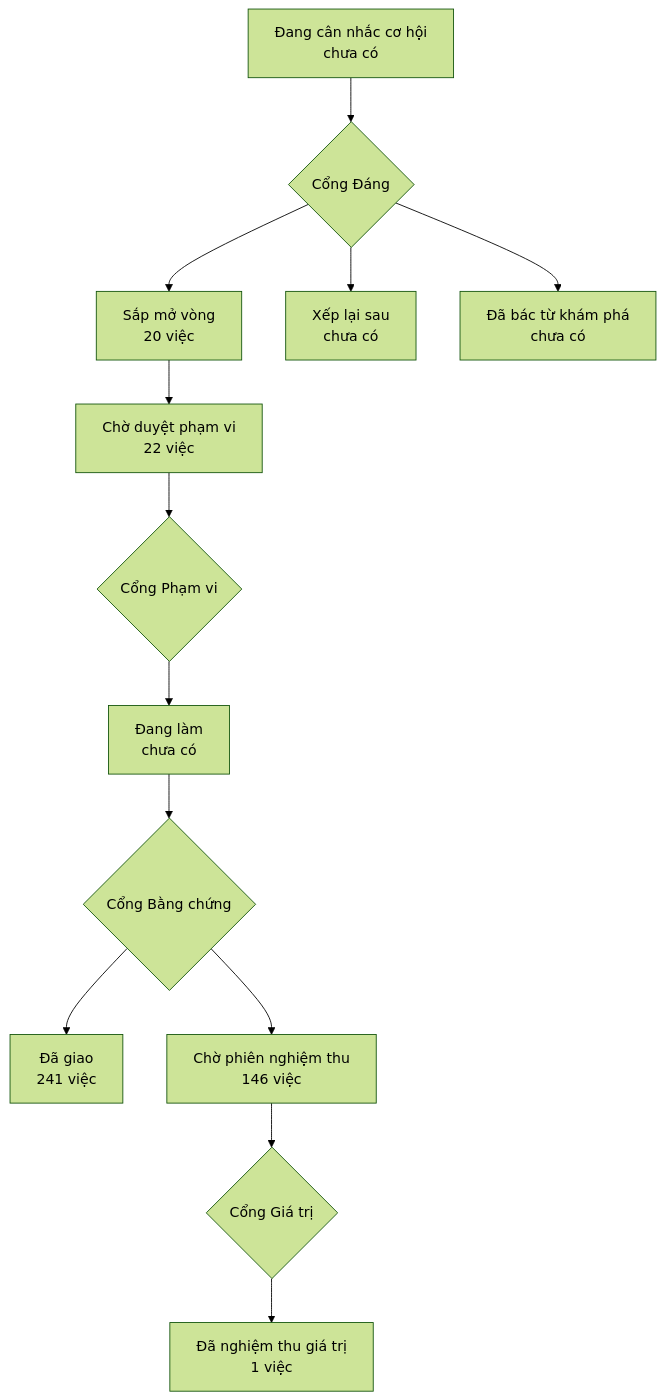
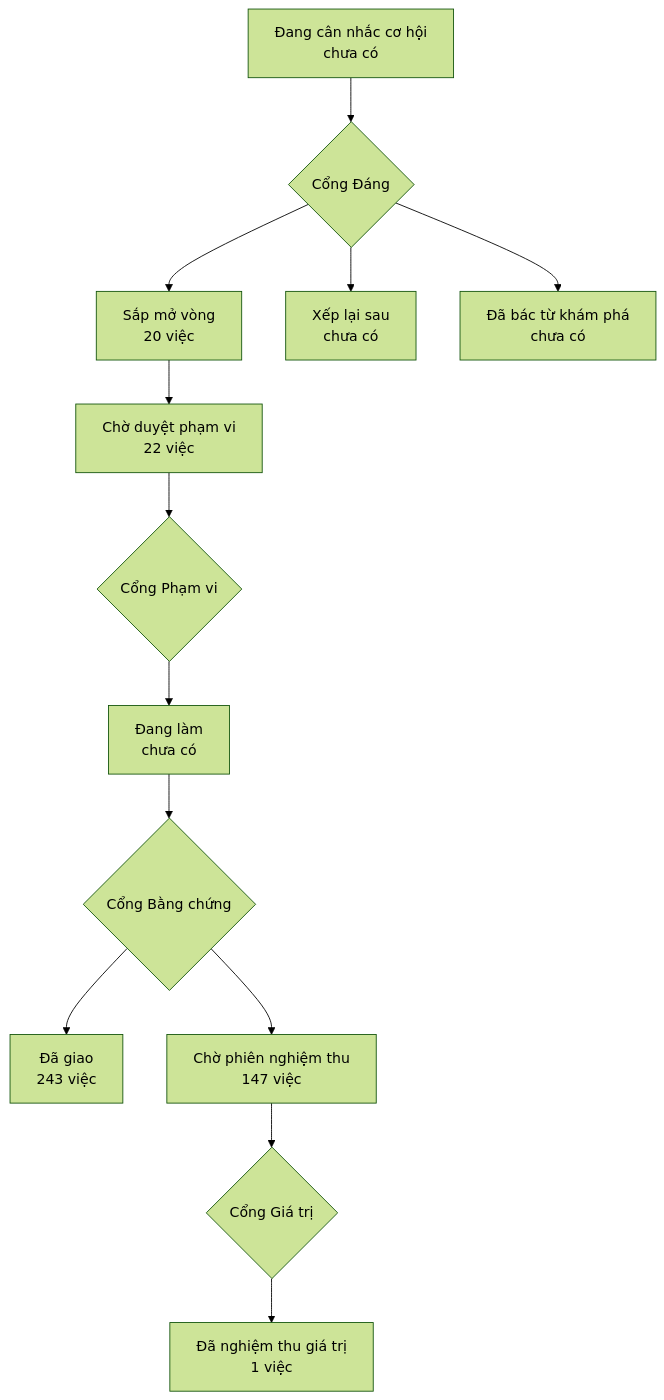
The diagram in PRODUCT-MAP.md (phanlemanh/onehub-invest), drawn with Mermaid (forest theme) before and after one commit. The commit also changed other lines of this file and 1 other file, not shown here.

Commit message:
chore(map): vẽ lại bản đồ sau gộp main e88c6786d

````diff
--- a/PRODUCT-MAP.md
+++ b/PRODUCT-MAP.md
@@ -7,12 +7,12 @@
 ```mermaid
 flowchart TD
   A["Đang cân nhắc cơ hội<br/>chưa có"] --> GD{"Cổng Đáng"}
   GD --> B["Sắp mở vòng<br/>20 việc"]
   GD --> XL["Xếp lại sau<br/>chưa có"]
   GD --> DB["Đã bác từ khám phá<br/>chưa có"]
   B --> CD["Chờ duyệt phạm vi<br/>22 việc"] --> GP{"Cổng Phạm vi"}
   GP --> DL["Đang làm<br/>chưa có"] --> GB{"Cổng Bằng chứng"}
-  GB --> DG["Đã giao<br/>241 việc"]
-  GB --> CN["Chờ phiên nghiệm thu<br/>146 việc"] --> GG{"Cổng Giá trị"}
+  GB --> DG["Đã giao<br/>243 việc"]
+  GB --> CN["Chờ phiên nghiệm thu<br/>147 việc"] --> GG{"Cổng Giá trị"}
   GG --> NT["Đã nghiệm thu giá trị<br/>1 việc"]
 ```
````
